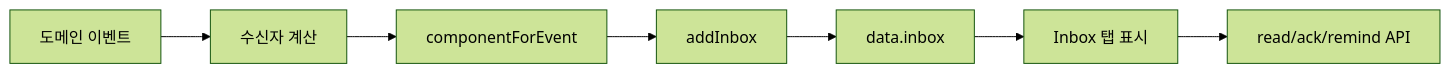
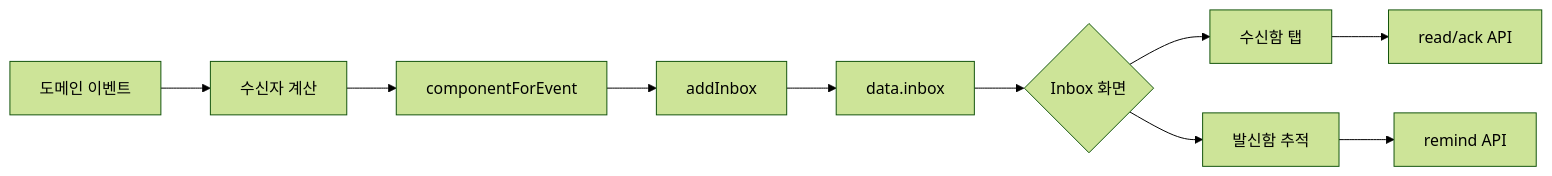
The diagram in docs/INBOX_LIFECYCLE.md (claire-yunsumin/test), drawn with Mermaid (forest theme) before and after one commit. The commit also changed other lines of this file and 18 other files, not shown here.

````diff
--- a/docs/INBOX_LIFECYCLE.md
+++ b/docs/INBOX_LIFECYCLE.md
@@ -58,9 +63,12 @@
 ```mermaid
 flowchart LR
   A[도메인 이벤트] --> B[수신자 계산]
   B --> C[componentForEvent]
   C --> D[addInbox]
   D --> E[data.inbox]
-  E --> F[Inbox 탭 표시]
-  F --> G[read/ack/remind API]
+  E --> F{Inbox 화면}
+  F --> G[수신함 탭]
+  F --> H[발신함 추적]
+  G --> I[read/ack API]
+  H --> J[remind API]
 ```
````
